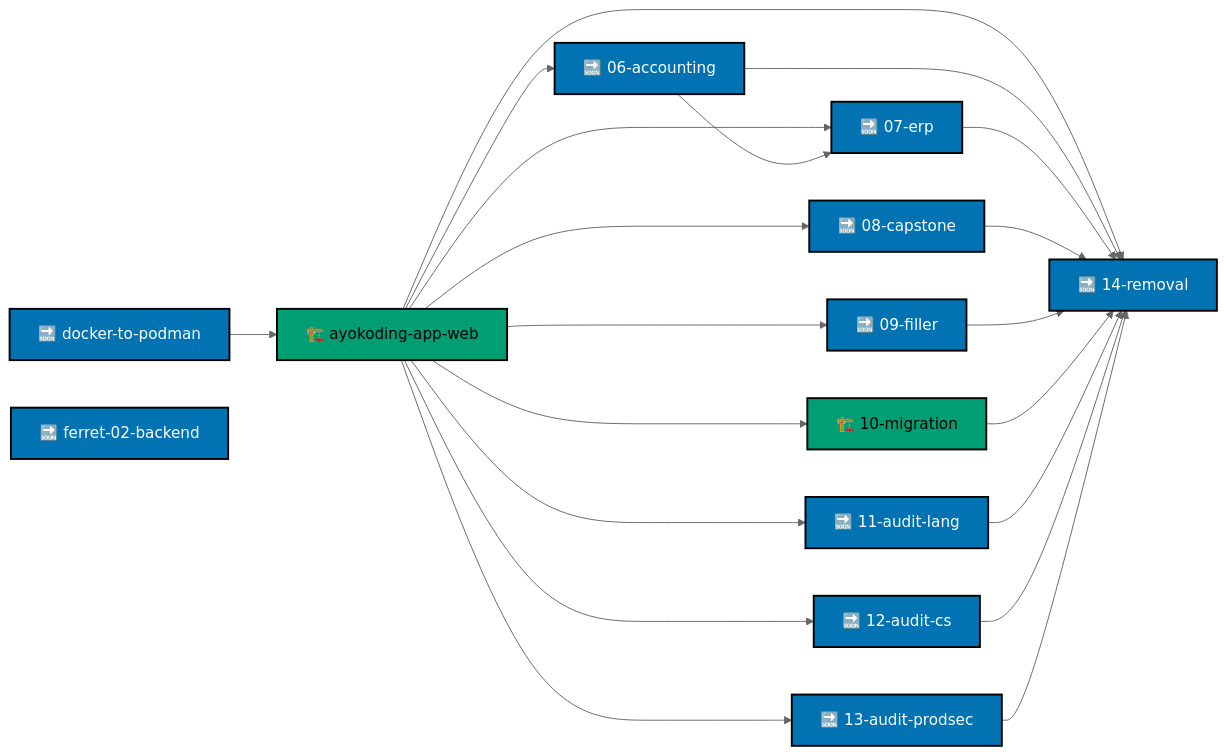
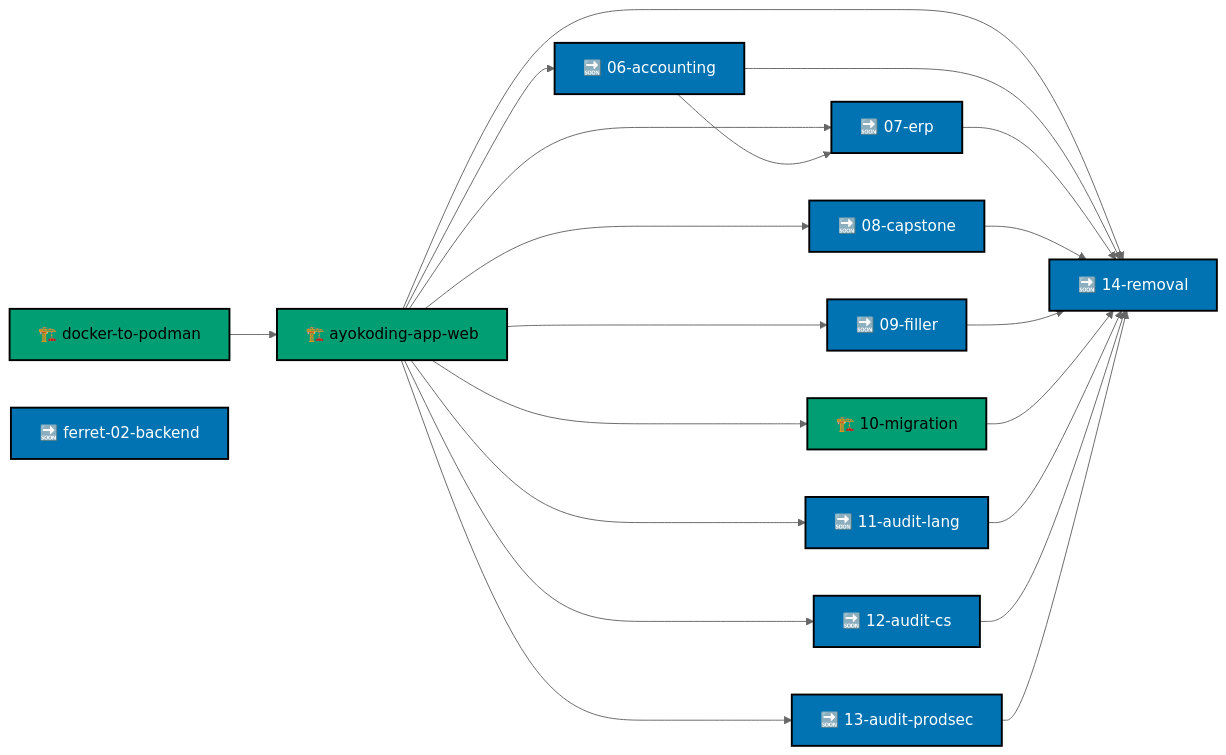
The diagram in plans/README.md (wahidyankf/ose-public), drawn with Mermaid (neutral theme) before and after one commit. The commit also changed 8 other files, not shown here.

Commit message:
docs(plans): promote docker-to-podman plan (#745)

````diff
--- a/plans/README.md
+++ b/plans/README.md
@@ -32,39 +32,39 @@
 ```mermaid
 flowchart LR
   accTitle: Plan order
   accDescr: Twelve live plans; the Podman migration precedes Phoenix, Phoenix precedes every live AyoKoding plan, and plans 06 through 13 also precede the plan 14 terminal gate.
-  POD["🔜 docker-to-podman"]:::backlog
+  POD["🏗️ docker-to-podman"]:::inprogress
   PHX["🏗️ ayokoding-app-web"]:::inprogress
   P10["🏗️ 10-migration"]:::inprogress
   P06["🔜 06-accounting"]:::backlog
   P07["🔜 07-erp"]:::backlog
   P08["🔜 08-capstone"]:::backlog
   P09["🔜 09-filler"]:::backlog
   P11["🔜 11-audit-lang"]:::backlog
   P12["🔜 12-audit-cs"]:::backlog
   P13["🔜 13-audit-prodsec"]:::backlog
   P14["🔜 14-removal"]:::backlog
   FER["🔜 ferret-02-backend"]:::backlog
   POD --> PHX
   PHX --> P06
   PHX --> P07
   PHX --> P08
   PHX --> P09
   PHX --> P10
   PHX --> P11
   PHX --> P12
   PHX --> P13
   PHX --> P14
   P06 --> P07
   P06 --> P14
   P07 --> P14
   P08 --> P14
   P09 --> P14
   P10 --> P14
   P11 --> P14
   P12 --> P14
   P13 --> P14
   classDef backlog fill:#0173B2,stroke:#000000,color:#FFFFFF,stroke-width:2px
   classDef inprogress fill:#029E73,stroke:#000000,color:#000000,stroke-width:2px
   classDef default fill:#FFFFFF,stroke:#000000,color:#000000
 ```
````
